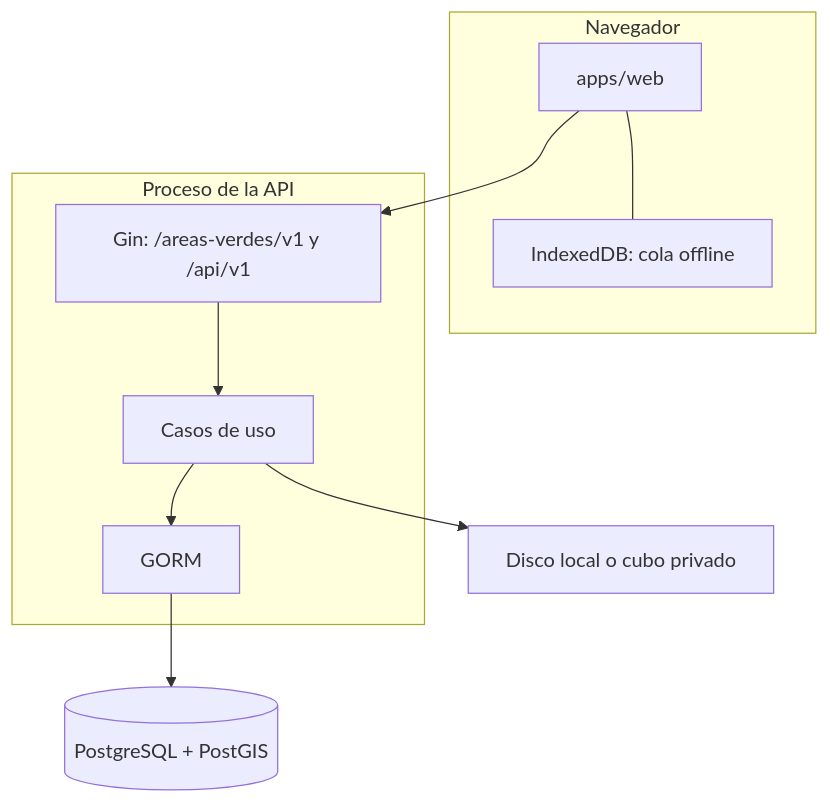
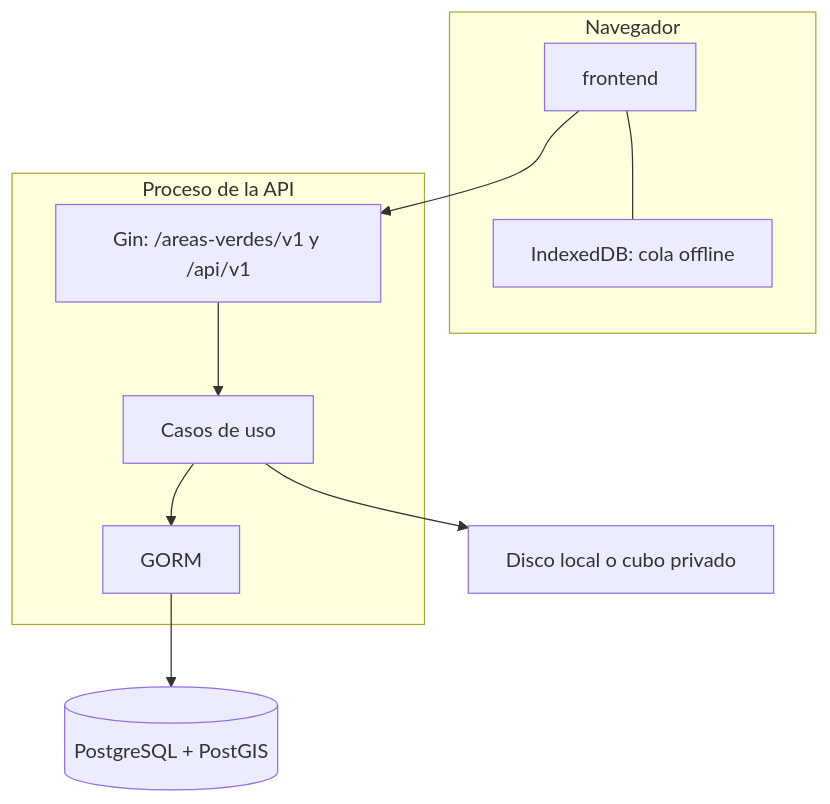
One commit to Irico17/Areas-verdes-pucp changed the diagram in docs/ARQUITECTURA.md. Above: the diagram before and after it, drawn with Mermaid. The commit also changed other lines of this file and 392 other files, not shown here.

````diff
--- a/docs/ARQUITECTURA.md
+++ b/docs/ARQUITECTURA.md
@@ -7,16 +7,16 @@
 ```mermaid
 flowchart TB
   subgraph cliente [Navegador]
-    pwa["apps/web"]
+    pwa["frontend"]
     idb["IndexedDB: cola offline"]
   end
   subgraph servidor [Proceso de la API]
     http["Gin: /areas-verdes/v1 y /api/v1"]
     app["Casos de uso"]
     gorm["GORM"]
   end
   pwa --> http
   pwa --- idb
   http --> app --> gorm --> pg[("PostgreSQL + PostGIS")]
   app --> obj["Disco local o cubo privado"]
 ```
````
